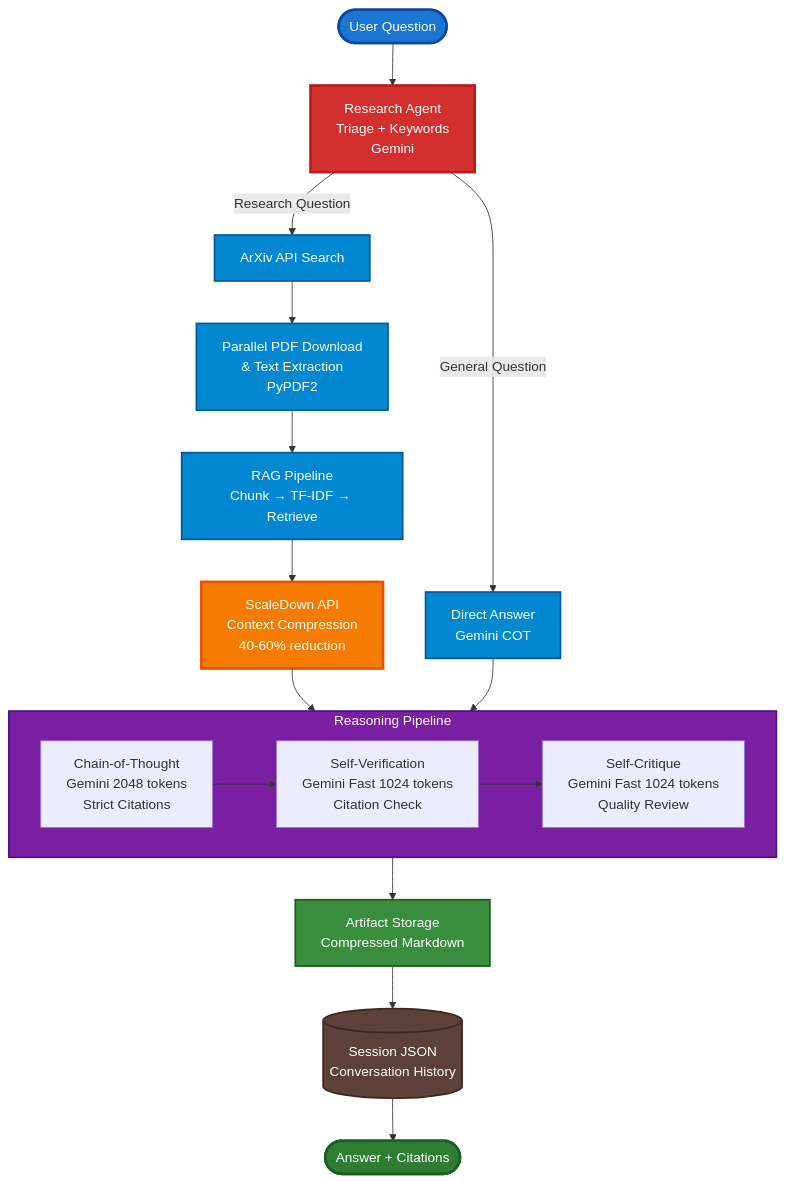
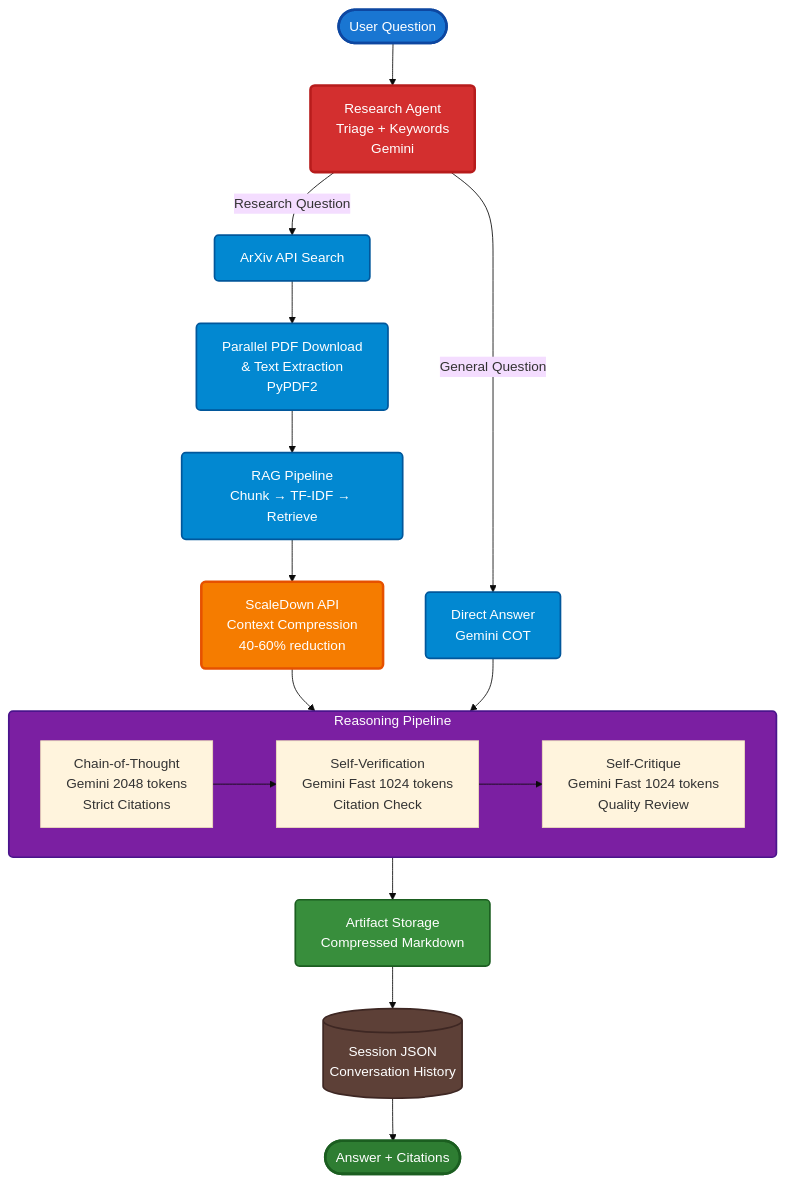
One commit to invaderinvalid/RAG changed the first of 8 diagrams in README.md. Above: the diagram before and after it, drawn with Mermaid. The commit also changed other lines of this file, not shown here.

````diff
--- a/README.md
+++ b/README.md
@@ -26,41 +26,42 @@
 ```mermaid
+%%{init: {'theme':'base','themeVariables':{'fontFamily':'sans-serif'}}}%%
 flowchart TD
     Start([User Question]) --> Triage[Research Agent<br/>Triage + Keywords<br/>Gemini]
     
     Triage -->|General Question| DirectAnswer[Direct Answer<br/>Gemini COT]
     Triage -->|Research Question| ArXiv[ArXiv API Search]
     
     ArXiv --> PDFs[Parallel PDF Download<br/>& Text Extraction<br/>PyPDF2]
     PDFs --> RAG[RAG Pipeline<br/>Chunk → TF-IDF → Retrieve]
     
     RAG --> Compress[ScaleDown API<br/>Context Compression<br/>40-60% reduction]
     
     Compress --> Workflow[Anti-Hallucination Workflow]
     DirectAnswer --> Workflow
     
     subgraph Workflow [Reasoning Pipeline]
         COT[Chain-of-Thought<br/>Gemini 2048 tokens<br/>Strict Citations]
         Verify[Self-Verification<br/>Gemini Fast 1024 tokens<br/>Citation Check]
         Critique[Self-Critique<br/>Gemini Fast 1024 tokens<br/>Quality Review]
         
         COT --> Verify
         Verify --> Critique
     end
     
     Workflow --> Store[Artifact Storage<br/>Compressed Markdown]
     Store --> Session[(Session JSON<br/>Conversation History)]
     
     Session --> Output([Answer + Citations])
     
-    style Start fill:#1976d2,stroke:#0d47a1,stroke-width:3px,color:#fff
-    style Output fill:#2e7d32,stroke:#1b5e20,stroke-width:3px,color:#fff
-    style Compress fill:#f57c00,stroke:#e65100,stroke-width:3px,color:#fff
-    style Workflow fill:#7b1fa2,stroke:#4a148c,stroke-width:2px,color:#fff
-    style Triage fill:#d32f2f,stroke:#b71c1c,stroke-width:3px,color:#fff
-    style DirectAnswer fill:#0288d1,stroke:#01579b,stroke-width:2px,color:#fff
-    style ArXiv fill:#0288d1,stroke:#01579b,stroke-width:2px,color:#fff
-    style PDFs fill:#0288d1,stroke:#01579b,stroke-width:2px,color:#fff
-    style RAG fill:#0288d1,stroke:#01579b,stroke-width:2px,color:#fff
-    style Store fill:#388e3c,stroke:#1b5e20,stroke-width:2px,color:#fff
-    style Session fill:#5d4037,stroke:#3e2723,stroke-width:2px,color:#fff
+    style Start fill:#1976d2,stroke:#0d47a1,stroke-width:3px,color:#fff,rx:10,ry:10
+    style Output fill:#2e7d32,stroke:#1b5e20,stroke-width:3px,color:#fff,rx:10,ry:10
+    style Compress fill:#f57c00,stroke:#e65100,stroke-width:3px,color:#fff,rx:5,ry:5
+    style Workflow fill:#7b1fa2,stroke:#4a148c,stroke-width:2px,color:#fff,rx:5,ry:5
+    style Triage fill:#d32f2f,stroke:#b71c1c,stroke-width:3px,color:#fff,rx:5,ry:5
+    style DirectAnswer fill:#0288d1,stroke:#01579b,stroke-width:2px,color:#fff,rx:5,ry:5
+    style ArXiv fill:#0288d1,stroke:#01579b,stroke-width:2px,color:#fff,rx:5,ry:5
+    style PDFs fill:#0288d1,stroke:#01579b,stroke-width:2px,color:#fff,rx:5,ry:5
+    style RAG fill:#0288d1,stroke:#01579b,stroke-width:2px,color:#fff,rx:5,ry:5
+    style Store fill:#388e3c,stroke:#1b5e20,stroke-width:2px,color:#fff,rx:5,ry:5
+    style Session fill:#5d4037,stroke:#3e2723,stroke-width:2px,color:#fff,rx:5,ry:5
 ```
````
